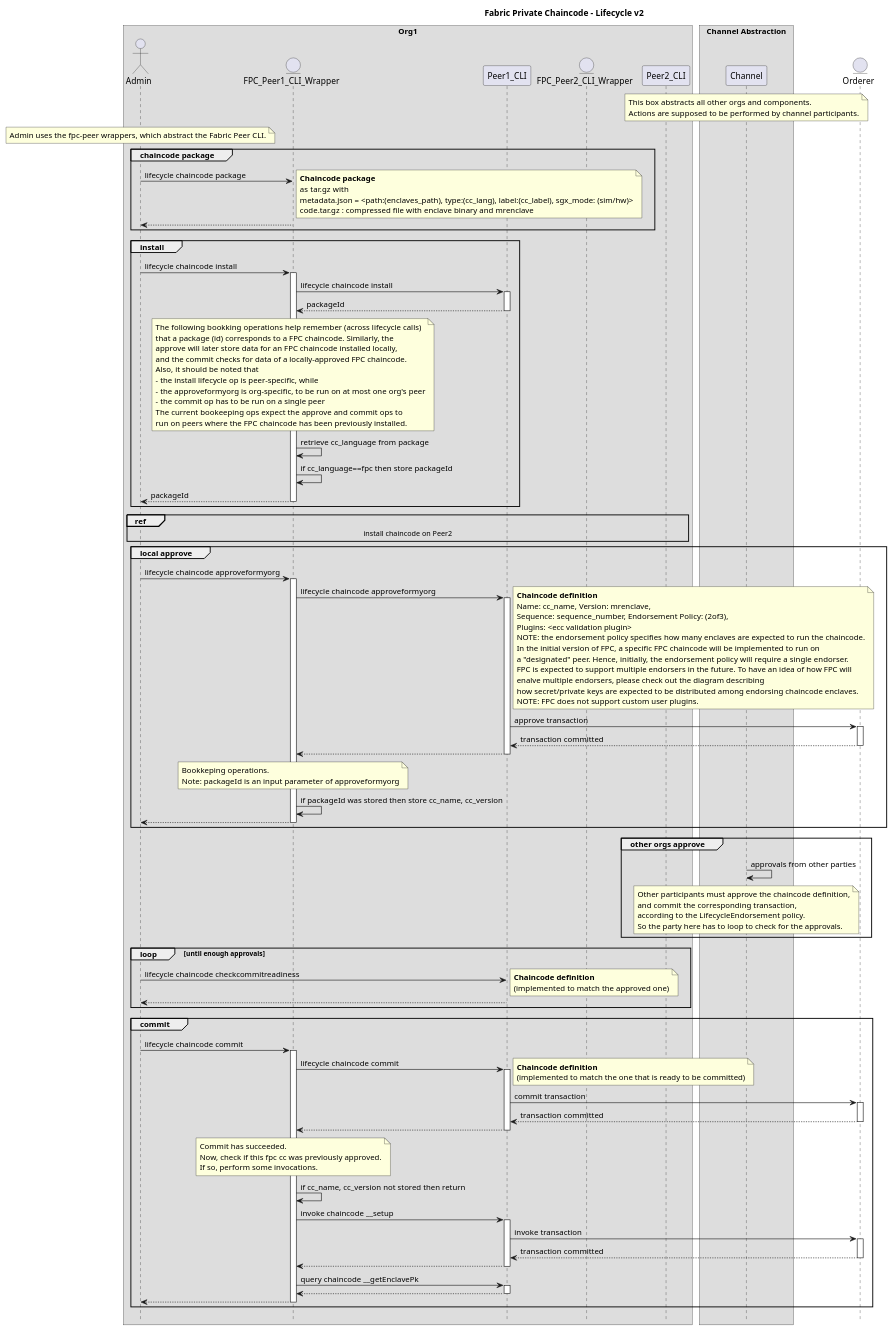
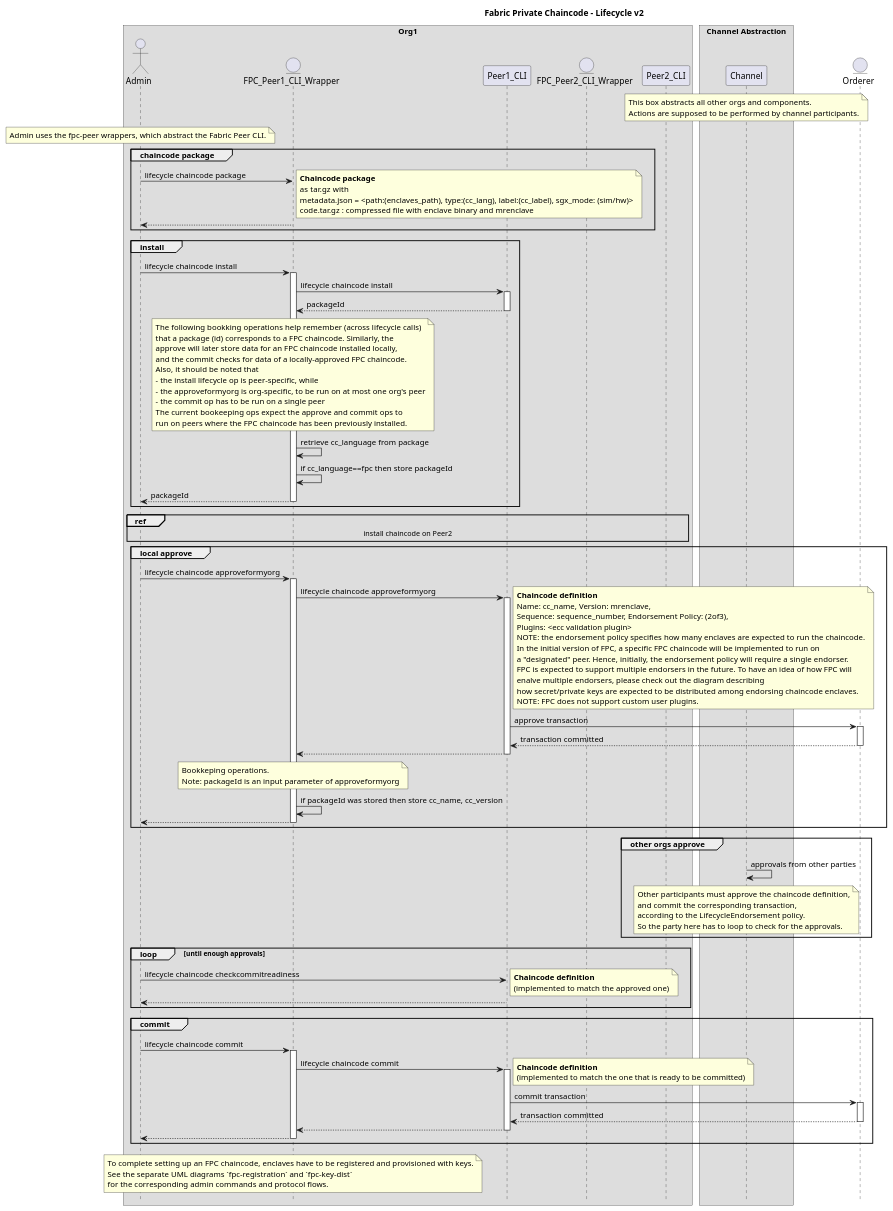
Before and after one commit to hyperledger/fabric-private-chaincode: the diagram in docs/design/fabric-v2+/fpc-lifecycle-v2.puml, drawn with PlantUML.

Commit message:
remove invocations at commit

```diff
--- a/docs/design/fabric-v2+/fpc-lifecycle-v2.puml
+++ b/docs/design/fabric-v2+/fpc-lifecycle-v2.puml
@@ -8,140 +8,132 @@
 @startuml
 
 !pragma teoz true
 
 hide footbox
 title Foot Box removed
 
 title Fabric Private Chaincode - Lifecycle v2
 
 box "Org1"
 actor	Admin order 10
 entity "FPC_Peer1_CLI_Wrapper" as FPC_Peer1_CLI_Wrapper order 15
 participant Peer1_CLI order 20
 entity "FPC_Peer2_CLI_Wrapper" as FPC_Peer2_CLI_Wrapper order 30
 participant Peer2_CLI order 40
 end box
 
 box "Channel Abstraction"
 participant Channel order 70
 note over Channel
     This box abstracts all other orgs and components.
     Actions are supposed to be performed by channel participants.
 end note
 end box
 
 entity Orderer order 80
 
 note over Admin
     Admin uses the fpc-peer wrappers, which abstract the Fabric Peer CLI.
 end note
 
 group chaincode package
 Admin -> FPC_Peer1_CLI_Wrapper : lifecycle chaincode package
 note right
     **Chaincode package**
     as tar.gz with
     metadata.json = <path:(enclaves_path), type:(cc_lang), label:(cc_label), sgx_mode: (sim/hw)>
     code.tar.gz : compressed file with enclave binary and mrenclave
 end note
 return
 end /' group chaincode package '/
 
 group install
 Admin -> FPC_Peer1_CLI_Wrapper ++: lifecycle chaincode install
 FPC_Peer1_CLI_Wrapper -> Peer1_CLI ++: lifecycle chaincode install
 return packageId
 note over FPC_Peer1_CLI_Wrapper
     The following bookking operations help remember (across lifecycle calls)
     that a package (id) corresponds to a FPC chaincode. Similarly, the
     approve will later store data for an FPC chaincode installed locally,
     and the commit checks for data of a locally-approved FPC chaincode.
     Also, it should be noted that
     - the install lifecycle op is peer-specific, while
     - the approveformyorg is org-specific, to be run on at most one org's peer
     - the commit op has to be run on a single peer
     The current bookeeping ops expect the approve and commit ops to
     run on peers where the FPC chaincode has been previously installed.
 end note
 FPC_Peer1_CLI_Wrapper -> FPC_Peer1_CLI_Wrapper : retrieve cc_language from package
 FPC_Peer1_CLI_Wrapper -> FPC_Peer1_CLI_Wrapper : if cc_language==fpc then store packageId
 return packageId /' Admin -> FPC_Peer1_CLI_Wrapper '/
 end /' group install '/
 
 ref over Admin, FPC_Peer2_CLI_Wrapper, Peer2_CLI
     install chaincode on Peer2
 end /' ref '/
 
 group local approve
 Admin -> FPC_Peer1_CLI_Wrapper ++: lifecycle chaincode approveformyorg
 FPC_Peer1_CLI_Wrapper -> Peer1_CLI ++: lifecycle chaincode approveformyorg
 note right
     **Chaincode definition**
     Name: cc_name, Version: mrenclave,
     Sequence: sequence_number, Endorsement Policy: (2of3),
     Plugins: <ecc validation plugin>
     NOTE: the endorsement policy specifies how many enclaves are expected to run the chaincode.
     In the initial version of FPC, a specific FPC chaincode will be implemented to run on
     a "designated" peer. Hence, initially, the endorsement policy will require a single endorser.
     FPC is expected to support multiple endorsers in the future. To have an idea of how FPC will
     enalve multiple endorsers, please check out the diagram describing
     how secret/private keys are expected to be distributed among endorsing chaincode enclaves.
     NOTE: FPC does not support custom user plugins.
 end note
 Peer1_CLI -> Orderer ++: approve transaction
 return transaction committed /' Peer1_CLI -> Orderer '/
 return /' FPC_Peer1_CLI_Wrapper -> Peer1_CLI '/
 note over FPC_Peer1_CLI_Wrapper
     Bookkeping operations.
     Note: packageId is an input parameter of approveformyorg
 end note
 FPC_Peer1_CLI_Wrapper -> FPC_Peer1_CLI_Wrapper : if packageId was stored then store cc_name, cc_version
 return /' Admin -> FPC_Peer1_CLI_Wrapper '/
 end /' group approve '/
 
 group other orgs approve
 Channel -> Channel : approvals from other parties
 note over Channel
     Other participants must approve the chaincode definition,
     and commit the corresponding transaction,
     according to the LifecycleEndorsement policy.
     So the party here has to loop to check for the approvals.
 end note
 end group 'other orgs approve'
 
 
 loop until enough approvals
 	Admin -> Peer1_CLI : lifecycle chaincode checkcommitreadiness
 note right
     **Chaincode definition**
     (implemented to match the approved one)
 end note
     return
 end
 
 group commit
 Admin -> FPC_Peer1_CLI_Wrapper ++:lifecycle chaincode commit
 FPC_Peer1_CLI_Wrapper -> Peer1_CLI ++: lifecycle chaincode commit
 note right
     **Chaincode definition**
     (implemented to match the one that is ready to be committed)
 end note
 Peer1_CLI -> Orderer ++: commit transaction
 return transaction committed /' Peer1_CLI -> Orderer '/
 return /' FPC_Peer1_CLI_Wrapper -> Peer1_CLI '/
-note over FPC_Peer1_CLI_Wrapper
-    Commit has succeeded.
-    Now, check if this fpc cc was previously approved.
-    If so, perform some invocations.
-end note
-FPC_Peer1_CLI_Wrapper -> FPC_Peer1_CLI_Wrapper : if cc_name, cc_version not stored then return
-FPC_Peer1_CLI_Wrapper -> Peer1_CLI ++: invoke chaincode __setup
-Peer1_CLI -> Orderer ++: invoke transaction
-return transaction committed
-return /' FPC_Peer1_CLI_Wrapper -> Peer1_CLI '/
-FPC_Peer1_CLI_Wrapper -> Peer1_CLI ++: query chaincode __getEnclavePk
-return /' FPC_Peer1_CLI_Wrapper -> Peer1_CLI '/
 return /' Admin -> FPC_Peer1_CLI_Wrapper '/
 end /' group commit '/
-
+note over FPC_Peer1_CLI_Wrapper
+    To complete setting up an FPC chaincode, enclaves have to be registered and provisioned with keys.
+    See the separate UML diagrams `fpc-registration` and `fpc-key-dist`
+    for the corresponding admin commands and protocol flows.
+end note
 @enduml
```
